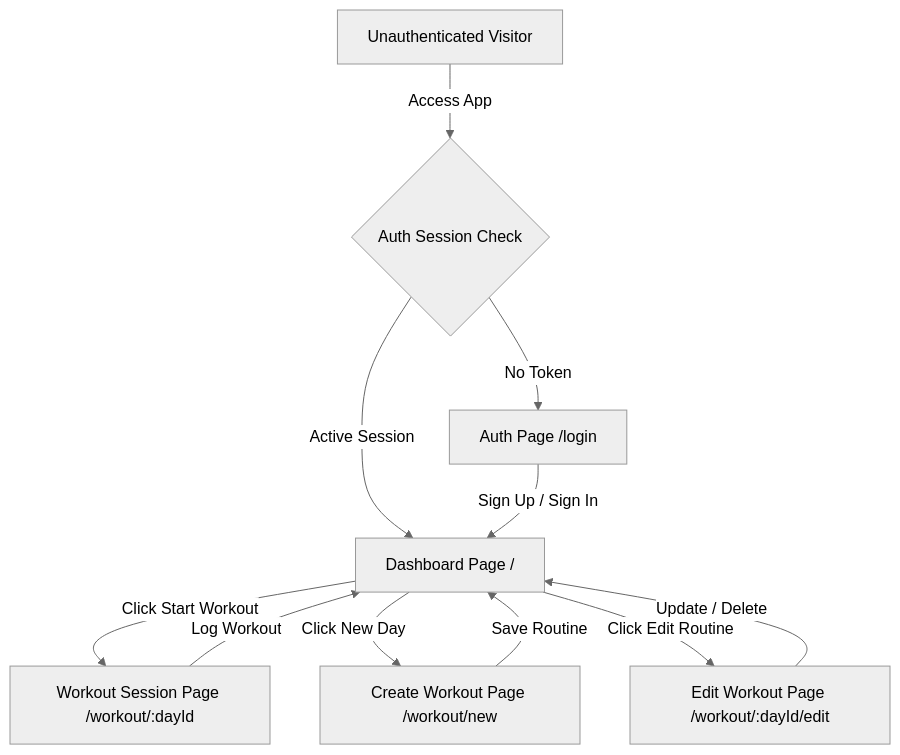
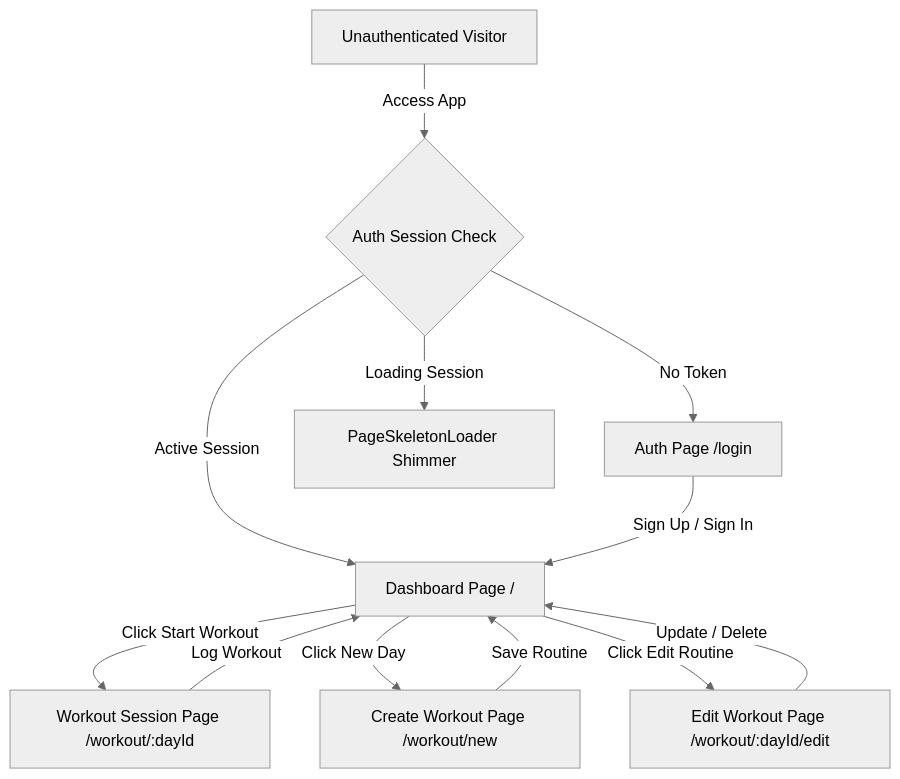
One commit to mohammed-abdelwhab/RepStack changed the first of 4 diagrams in ARCHITECTURE.md. Above: the diagram before and after it, drawn with Mermaid (neutral theme). The commit also changed other lines of this file and 7 other files, not shown here.

Commit message:
feat(perf): implement route code-splitting, PageSkeletonLoader, and comprehensive study roadmap

````diff
--- a/ARCHITECTURE.md
+++ b/ARCHITECTURE.md
@@ -11,16 +11,17 @@
 ```mermaid
 graph TD
     A[Unauthenticated Visitor] -->|Access App| B{Auth Session Check}
     B -->|No Token| C[Auth Page /login]
+    B -->|Loading Session| S[PageSkeletonLoader Shimmer]
     B -->|Active Session| D[Dashboard Page /]
-
+    
     C -->|Sign Up / Sign In| D
-
+    
     D -->|Click Start Workout| E[Workout Session Page /workout/:dayId]
     D -->|Click New Day| F[Create Workout Page /workout/new]
     D -->|Click Edit Routine| G[Edit Workout Page /workout/:dayId/edit]
-
+    
     E -->|Log Workout| D
     F -->|Save Routine| D
     G -->|Update / Delete| D
 ```
````
